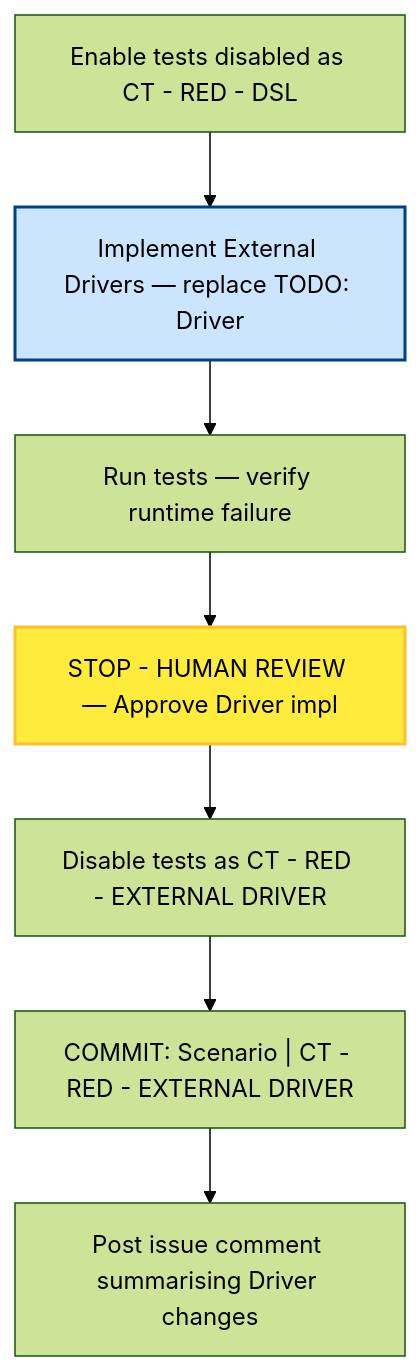
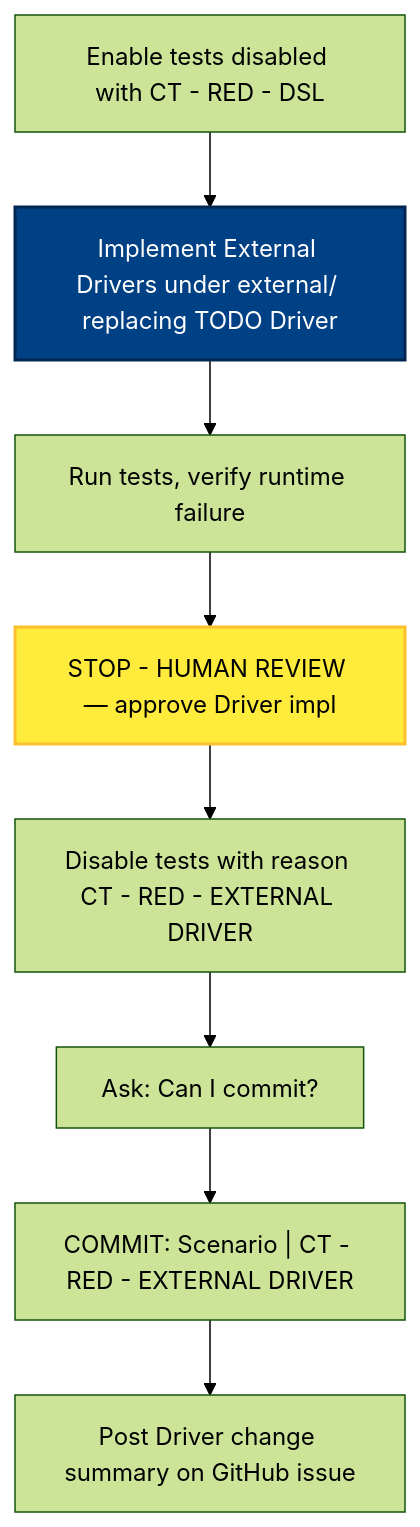
One commit to optivem/starter changed the seventh of 8 diagrams in docs/atdd/process/diagram-phase-details.md. Above: the diagram before and after it, drawn with Mermaid (forest theme). The commit also changed other lines of this file and 2 other files, not shown here.

````diff
--- a/docs/atdd/process/diagram-phase-details.md
+++ b/docs/atdd/process/diagram-phase-details.md
@@ -222,22 +228,24 @@
 ```mermaid
 flowchart TD
-    ENABLE[Enable tests disabled as CT - RED - DSL]
-    IMPL[Implement External Drivers — replace TODO: Driver]
-    RUN[Run tests — verify runtime failure]
-    STOP_WRITE[STOP - HUMAN REVIEW — Approve Driver impl]
-    DISABLE[Disable tests as CT - RED - EXTERNAL DRIVER]
+    ENABLE["Enable tests disabled with CT - RED - DSL"]
+    IMPL[Implement External Drivers under external/ replacing TODO Driver]
+    RUN[Run tests, verify runtime failure]
+    STOP_WRITE["STOP - HUMAN REVIEW — approve Driver impl"]
+    DISABLE["Disable tests with reason CT - RED - EXTERNAL DRIVER"]
+    ASK_COMMIT["Ask: Can I commit?"]
     COMMIT["COMMIT: Scenario | CT - RED - EXTERNAL DRIVER"]
-    POST_COMMENT[Post issue comment summarising Driver changes]
+    POST_COMMENT[Post Driver change summary on GitHub issue]
 
     ENABLE --> IMPL
     IMPL --> RUN
     RUN --> STOP_WRITE
     STOP_WRITE --> DISABLE
-    DISABLE --> COMMIT
+    DISABLE --> ASK_COMMIT
+    ASK_COMMIT --> COMMIT
     COMMIT --> POST_COMMENT
 
-    classDef effortNode fill:#cce5ff,stroke:#004085,stroke-width:2px
+    classDef effortNode fill:#004085,stroke:#002752,stroke-width:2px,color:#ffffff
     class IMPL effortNode
     classDef humanReviewNode fill:#ffeb3b,stroke:#fbc02d,stroke-width:2px,color:#000
     class STOP_WRITE humanReviewNode
 ```
````
